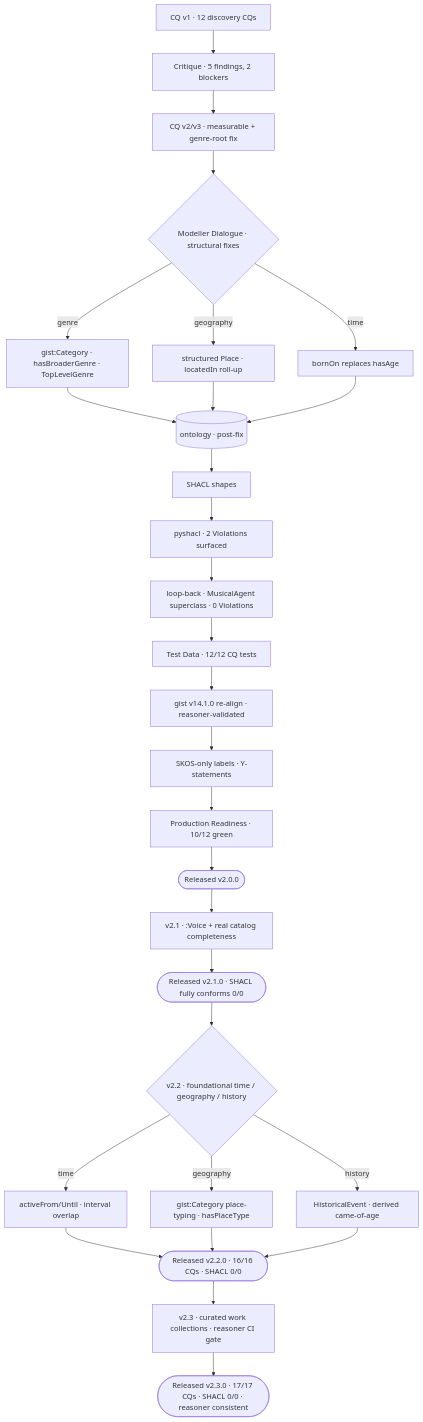
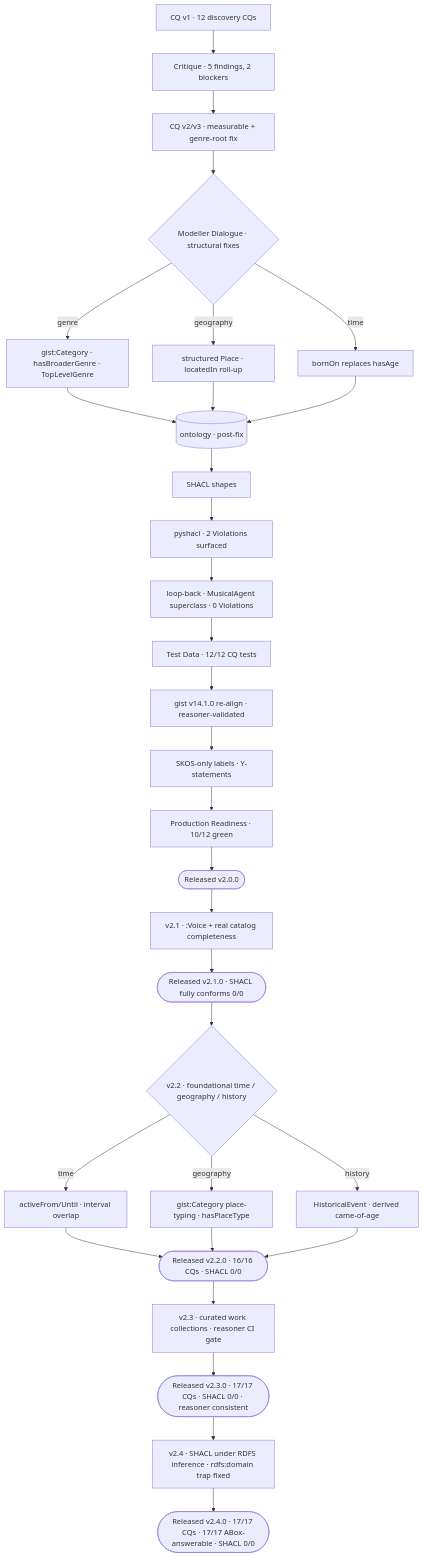
Before and after one commit to blacng/music-ontology: the second of 3 diagrams in README.md, drawn with Mermaid. The commit also changed other lines of this file and 7 other files, not shown here.

````diff
--- a/README.md
+++ b/README.md
@@ -38,31 +38,33 @@
 ```mermaid
 flowchart TB
   cq1[CQ v1 · 12 discovery CQs] --> crit[Critique · 5 findings, 2 blockers]
   crit --> cq2[CQ v2/v3 · measurable + genre-root fix]
   cq2 --> dlg{Modeller Dialogue · structural fixes}
   dlg -->|genre| g[gist:Category · hasBroaderGenre · TopLevelGenre]
   dlg -->|geography| pl[structured Place · locatedIn roll-up]
   dlg -->|time| bd[bornOn replaces hasAge]
   g --> ttl[(ontology · post-fix)]
   pl --> ttl
   bd --> ttl
   ttl --> shacl[SHACL shapes]
   shacl --> rep[pyshacl · 2 Violations surfaced]
   rep --> dlg2[loop-back · MusicalAgent superclass · 0 Violations]
   dlg2 --> td[Test Data · 12/12 CQ tests]
   td --> gist[gist v14.1.0 re-align · reasoner-validated]
   gist --> skos[SKOS-only labels · Y-statements]
   skos --> pr[Production Readiness · 10/12 green]
   pr --> v20([Released v2.0.0])
   v20 --> v21[v2.1 · :Voice + real catalog completeness]
   v21 --> rel21([Released v2.1.0 · SHACL fully conforms 0/0])
   rel21 --> v22{v2.2 · foundational time / geography / history}
   v22 -->|time| af[activeFrom/Until · interval overlap]
   v22 -->|geography| pt[gist:Category place-typing · hasPlaceType]
   v22 -->|history| he[HistoricalEvent · derived came-of-age]
   af --> rel22([Released v2.2.0 · 16/16 CQs · SHACL 0/0])
   pt --> rel22
   he --> rel22
   rel22 --> v23[v2.3 · curated work collections · reasoner CI gate]
-  v23 --> rel([Released v2.3.0 · 17/17 CQs · SHACL 0/0 · reasoner consistent])
+  v23 --> rel23([Released v2.3.0 · 17/17 CQs · SHACL 0/0 · reasoner consistent])
+  rel23 --> v24[v2.4 · SHACL under RDFS inference · rdfs:domain trap fixed]
+  v24 --> rel([Released v2.4.0 · 17/17 CQs · 17/17 ABox-answerable · SHACL 0/0])
 ```
````
